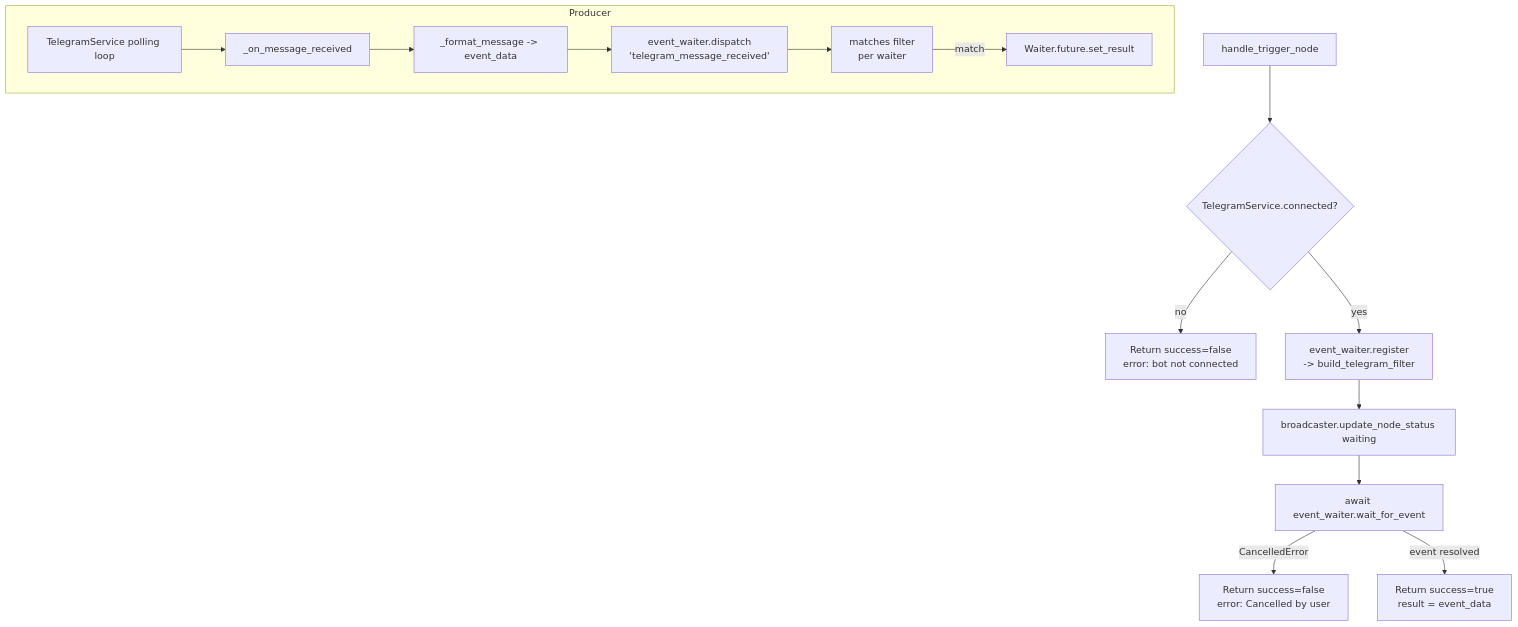
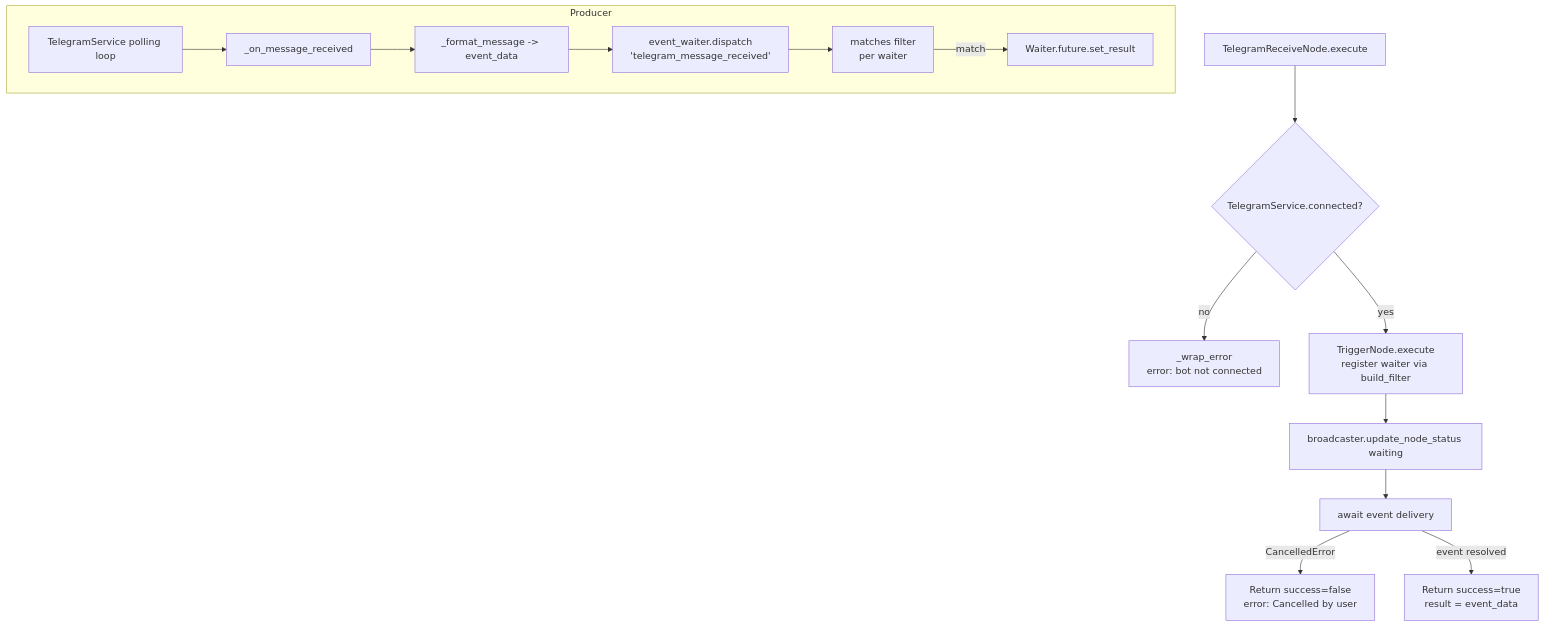
Before and after one commit to zeenie-ai/OpenCompany: the diagram in docs-internal/node-logic-flows/telegram_social/telegramReceive.md, drawn with Mermaid. The commit also changed other lines of this file and 132 other files, not shown here.

````diff
--- a/docs-internal/node-logic-flows/telegram_social/telegramReceive.md
+++ b/docs-internal/node-logic-flows/telegram_social/telegramReceive.md
@@ -74,18 +78,18 @@
 ```mermaid
 flowchart TD
-  A[handle_trigger_node] --> B{TelegramService.connected?}
-  B -- no --> Eoff[Return success=false<br/>error: bot not connected]
-  B -- yes --> C[event_waiter.register<br/>-> build_telegram_filter]
+  A[TelegramReceiveNode.execute] --> B{TelegramService.connected?}
+  B -- no --> Eoff[_wrap_error<br/>error: bot not connected]
+  B -- yes --> C[TriggerNode.execute<br/>register waiter via build_filter]
   C --> D[broadcaster.update_node_status waiting]
-  D --> E[await event_waiter.wait_for_event]
+  D --> E[await event delivery]
   E -- CancelledError --> Ecx[Return success=false<br/>error: Cancelled by user]
   E -- event resolved --> F[Return success=true<br/>result = event_data]
 
   subgraph Producer
     P1[TelegramService polling loop] --> P2[_on_message_received]
     P2 --> P3[_format_message -> event_data]
     P3 --> P4[event_waiter.dispatch<br/>'telegram_message_received']
     P4 --> P5[matches filter<br/>per waiter]
     P5 -- match --> P6[Waiter.future.set_result]
   end
 ```
````
